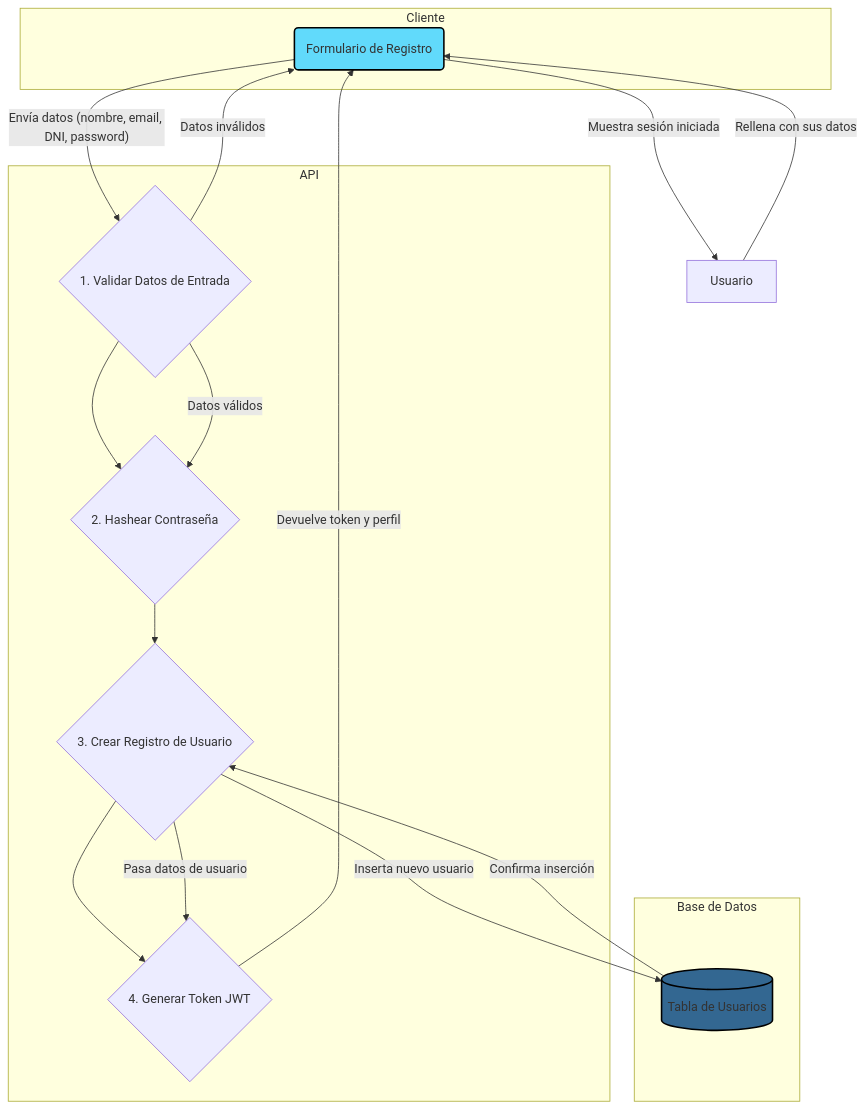
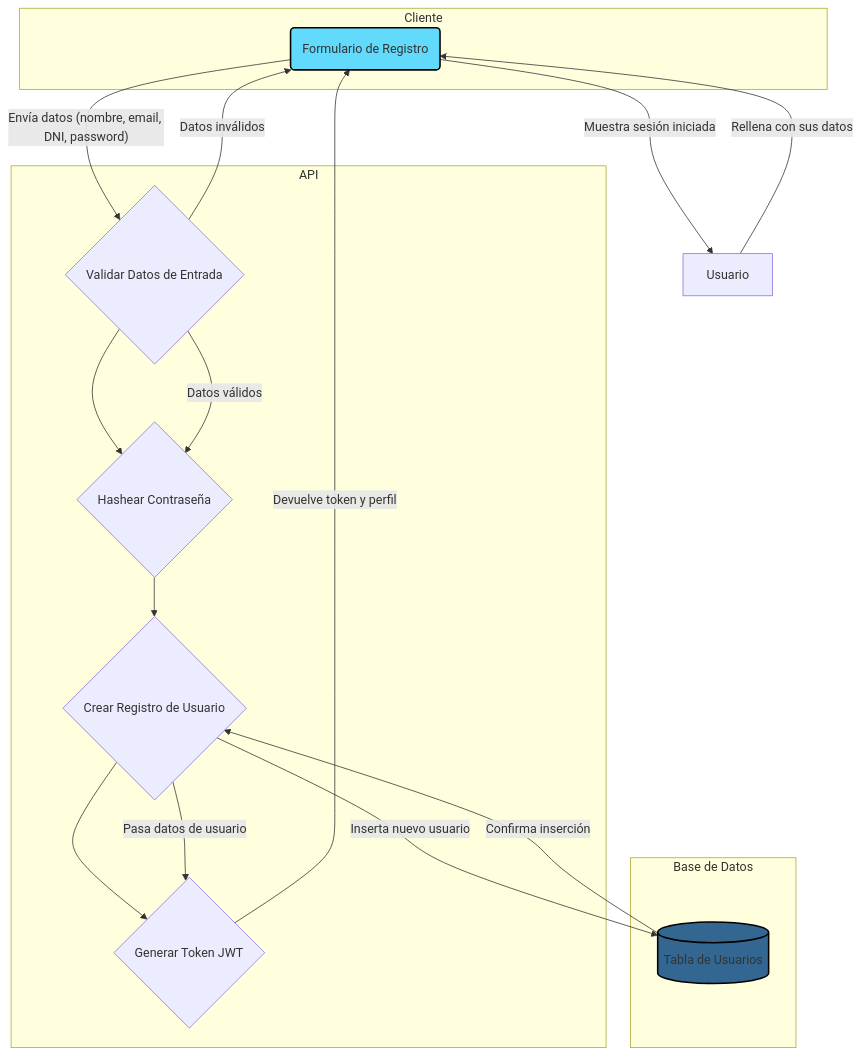
Before and after one commit to BrayanYinLin/estaciona-ya: the diagram in docs/data-flow.mmd, drawn with Mermaid. The commit also changed 1 other file, not shown here.

Commit message:
fix: architecture

```diff
--- a/docs/data-flow.mmd
+++ b/docs/data-flow.mmd
@@ -1,27 +1,29 @@
+%% https://www.mermaidchart.com/play?utm_source=mermaid_live_editor&utm_medium=toggle#pako:eNp9U-1u2jAUfRXL_VOkEOUDaJNKlSCBrZM6VRPbpC37YcilWHVsZCe0DPEwe4D9mPYIfbFdG9LCJi2_Yt9zzj0-197SuSqBpvRes9WSTPNCEmKa2X6ZCQ6yBrtnv-H5ROmqEUxzRUogH-Cem1qrjgWALAt5wh7e3bTM0bagoU8-McFLpknOamWswljWmpWsoDvS7V6TDGGRT94yswSEZcqWDTz_soirVixz2ByxsU8ybZGtE6v50TTW4DEjd4wxMno-eQMSNHKm6gEkefd52iL_PcEIm1tJ57cVm3w9n7KZYEe9TOfbicBhG7uiMyFAMjJXEnXx0O7o1s7QNR1a0Fiun3-yQ-1cqmqmwSNQMS48kr-_8ciKGfOodNlx1JGjjix1HyVHgR-Y7Yn0Uf2kmrmqzYTcSAO6ZkQ2sFakebF9TSYONLEgHMOC64phF0TP-fNvuZ_Aq84dM619TOVYZ-xAY2cF1g2INZDaJb8hK9ALLv4O47YBHCUjBoxrxSWfc7wkDndI9uowqHojAFmoItKzQZgPJyPP3oMHSM-CIDj8dx95WS_TaPX0SpocSHE8uEjC_5Koh6-DlzStdQMerQCzsEu6tXIFrZdQQUFT_C1hwRpRF7SQO6StmPyiVNUytWrulzRdMGFw1awwMMg5w7tWvexqvESgM9XImqb9MHEiNN3SJ5qGQehfBr0k6CcXUTRA23RD025v4MdR3EuiqNe_uIwvo_7Oo99d39APBlESJXGUJFhP4tijUPJa6dv9s3evf_cHPqdDTA
+
 graph TD
   subgraph Cliente
       A(Formulario de Registro)
   end
 
   subgraph API
-      B{1. Validar Datos de Entrada} --> C{2. Hashear Contraseña};
-      C --> D{3. Crear Registro de Usuario};
-      D --> E{4. Generar Token JWT};
+      B{"Validar Datos de Entrada"} --> C{"Hashear Contraseña"};
+      C --> D{"Crear Registro de Usuario"};
+      D --> E{"Generar Token JWT"};
   end
 
   subgraph Base de Datos
       F[(Tabla de Usuarios)]
   end
 
   Usuario -- Rellena con sus datos --> A;
   A -- Envía datos (nombre, email, DNI, password) --> B;
   B -- Datos inválidos --> A;
   B -- Datos válidos --> C;
   D -- Inserta nuevo usuario --> F;
   F -- Confirma inserción --> D;
   D -- Pasa datos de usuario --> E;
   E -- Devuelve token y perfil --> A;
   A -- Muestra sesión iniciada --> Usuario;
 
   style A fill:#61DAFB,stroke:#000,stroke-width:2px
   style F fill:#336791,stroke:#000,stroke-width:2px
```
